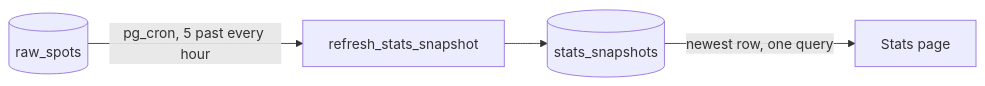
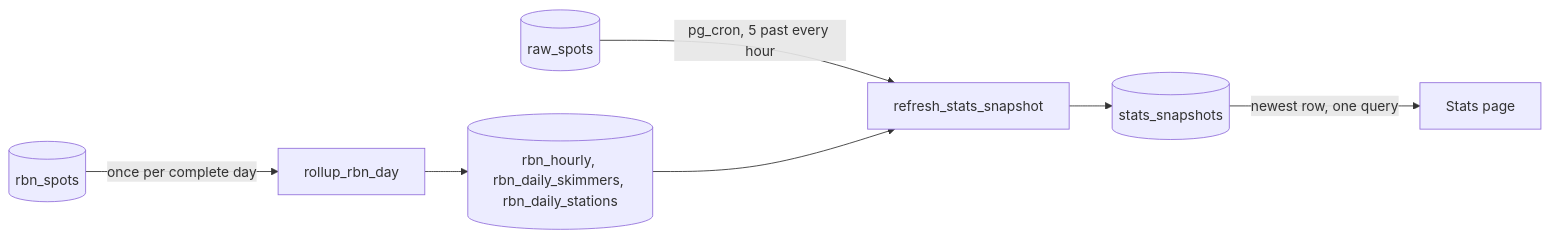
One commit to johnsonm/longlines changed the fourth of 6 diagrams in docs/ARCHITECTURE.md. Above: the diagram before and after it, drawn with Mermaid. The commit also changed other lines of this file and 10 other files, not shown here.

First line of the commit message:
Stats: RBN figures and hourly ingest volume

````diff
--- a/docs/ARCHITECTURE.md
+++ b/docs/ARCHITECTURE.md
@@ -260,6 +260,9 @@
 ```mermaid
 flowchart LR
   R[(raw_spots)] -->|pg_cron, 5 past every hour| F[refresh_stats_snapshot]
+  RB[(rbn_spots)] -->|once per complete day| U[rollup_rbn_day]
+  U --> RR[(rbn_hourly, rbn_daily_skimmers, rbn_daily_stations)]
+  RR --> F
   F --> S[(stats_snapshots)]
   S -->|newest row, one query| W[Stats page]
 ```
````
